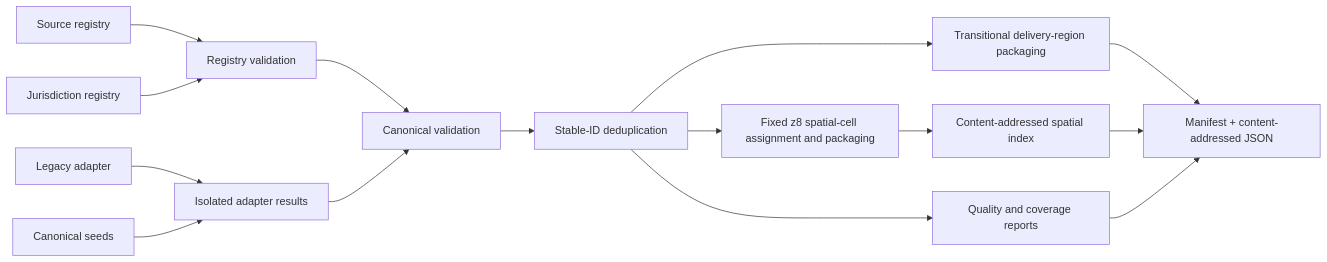
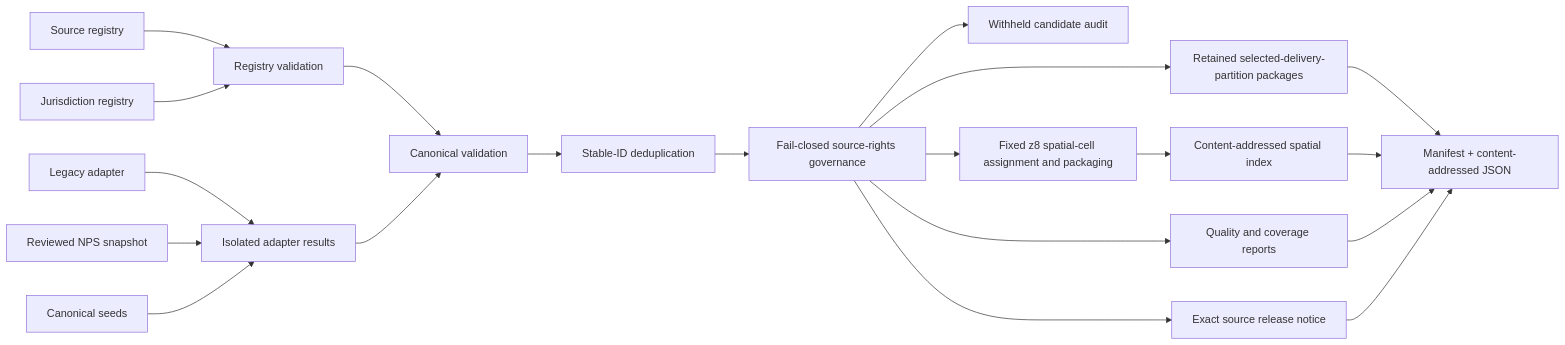
Before and after one commit to adsamcik/Alpine-Passes: the diagram in docs/ingestion.md, drawn with Mermaid. The commit also changed other lines of this file and 1 other file, not shown here.

Commit message:
docs: align governed nature release runbooks

````diff
--- a/docs/ingestion.md
+++ b/docs/ingestion.md
@@ -12,17 +15,22 @@
 ```mermaid
 flowchart LR
     SR["Source registry"] --> V["Registry validation"]
     JR["Jurisdiction registry"] --> V
     L["Legacy adapter"] --> I["Isolated adapter results"]
+    P["Reviewed NPS snapshot"] --> I
     S["Canonical seeds"] --> I
     V --> N["Canonical validation"]
     I --> N
     N --> D["Stable-ID deduplication"]
-    D --> R["Transitional delivery-region packaging"]
-    D --> C["Fixed z8 spatial-cell assignment and packaging"]
+    D --> G["Fail-closed source-rights governance"]
+    G --> W["Withheld candidate audit"]
+    G --> R["Retained selected-delivery-partition packages"]
+    G --> C["Fixed z8 spatial-cell assignment and packaging"]
     C --> X["Content-addressed spatial index"]
-    D --> Q["Quality and coverage reports"]
+    G --> Q["Quality and coverage reports"]
+    G --> SN["Exact source release notice"]
     R --> M["Manifest + content-addressed JSON"]
     X --> M
     Q --> M
+    SN --> M
 ```
````
